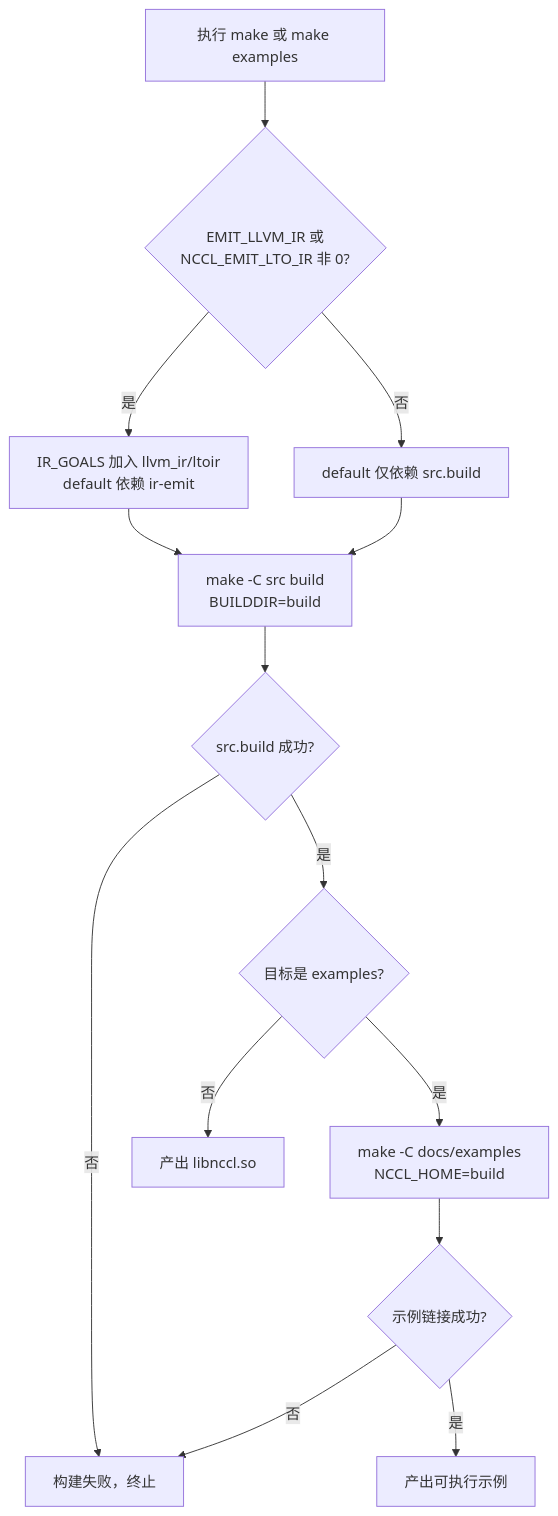
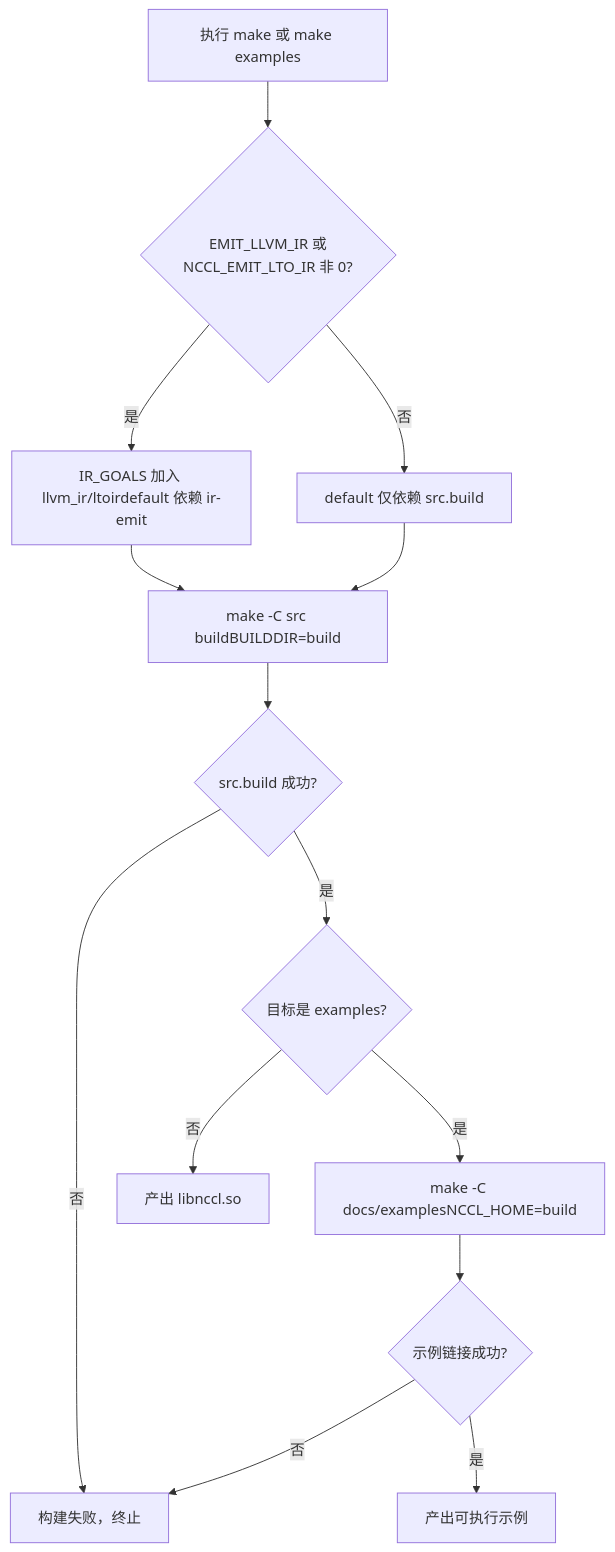
One commit to maleRjc/AiReadCodeBooks changed the first of 2 diagrams in books/nccl/en/01-allreduce-external-behavior.md. Above: the diagram before and after it, drawn with Mermaid. The commit also changed other lines of this file and 80 other files, not shown here.

````diff
--- a/books/nccl/en/01-allreduce-external-behavior.md
+++ b/books/nccl/en/01-allreduce-external-behavior.md
@@ -93,16 +94,16 @@
 ```mermaid
 flowchart TD
-    start["执行 make 或 make examples"] --> check_ir{"EMIT_LLVM_IR 或<br/>NCCL_EMIT_LTO_IR 非 0?"}
-    check_ir -->|是| add_ir["IR_GOALS 加入 llvm_ir/ltoir<br/>default 依赖 ir-emit"]
+    start["执行 make 或 make examples"] --> check_ir{"EMIT_LLVM_IR 或NCCL_EMIT_LTO_IR 非 0?"}
+    check_ir -->|是| add_ir["IR_GOALS 加入 llvm_ir/ltoirdefault 依赖 ir-emit"]
     check_ir -->|否| only_src["default 仅依赖 src.build"]
-    add_ir --> src_build["make -C src build<br/>BUILDDIR=build"]
+    add_ir --> src_build["make -C src buildBUILDDIR=build"]
     only_src --> src_build
     src_build --> build_ok{"src.build 成功?"}
     build_ok -->|否| fail["构建失败，终止"]
     build_ok -->|是| is_examples{"目标是 examples?"}
-    is_examples -->|是| ex_build["make -C docs/examples<br/>NCCL_HOME=build"]
+    is_examples -->|是| ex_build["make -C docs/examplesNCCL_HOME=build"]
     is_examples -->|否| done["产出 libnccl.so"]
     ex_build --> ex_ok{"示例链接成功?"}
     ex_ok -->|否| fail
     ex_ok -->|是| runnable["产出可执行示例"]
 ```
````
